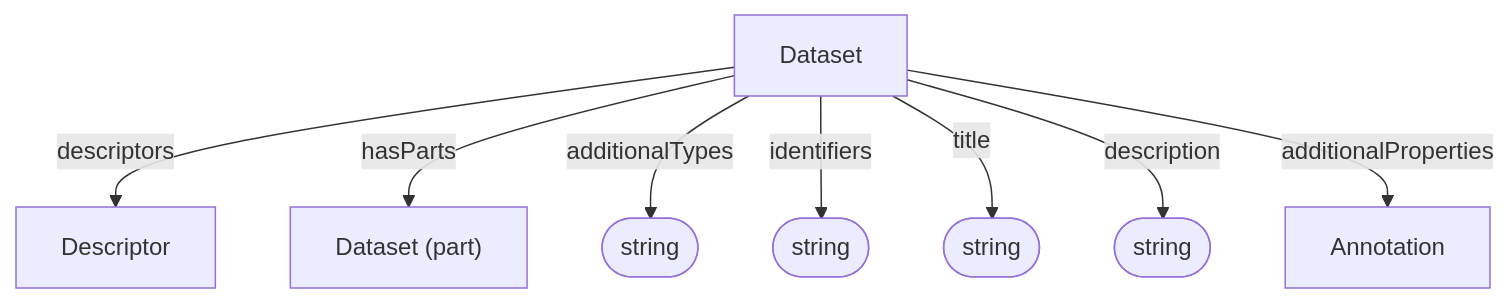
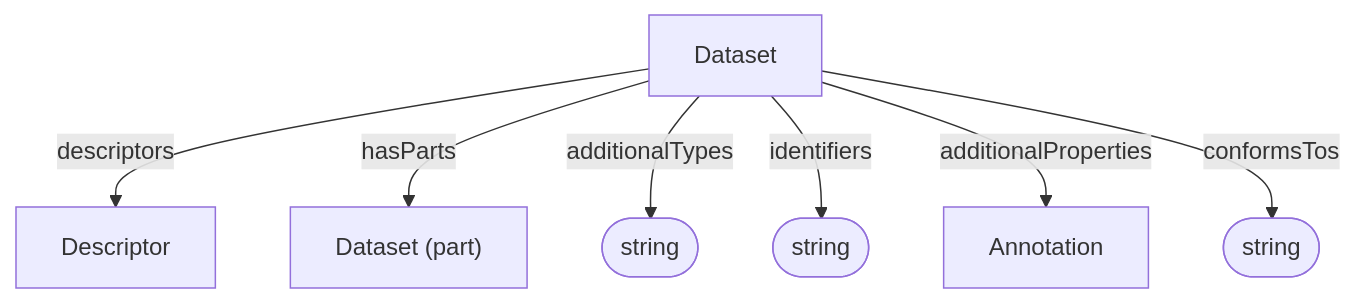
The diagram in docs/spec/semantic_designation/Dataset.md (HLWeil/ARC-base-model), drawn with Mermaid before and after one commit. The commit also changed other lines of this file and 2 other files, not shown here.

Commit message:
removed title and description  from semantic-designation and process-provenance profiles

````diff
--- a/docs/spec/semantic_designation/Dataset.md
+++ b/docs/spec/semantic_designation/Dataset.md
@@ -32,15 +30,13 @@
 ```mermaid
 flowchart TD
     additionalTypes@{ shape: stadium, label: "string" }
     identifiers@{ shape: stadium, label: "string" }
-    title@{ shape: stadium, label: "string" }
-    description@{ shape: stadium, label: "string" }
+    ct@{ shape: stadium, label: "string" }
 
     Dataset --descriptors--> Descriptor
     Dataset --hasParts--> NestedDataset["Dataset (part)"]
     Dataset --additionalTypes--> additionalTypes
     Dataset --identifiers--> identifiers
-    Dataset --title--> title
-    Dataset --description--> description
     Dataset --additionalProperties--> Annotation
+    Dataset --conformsTos--> ct
 ```
````
